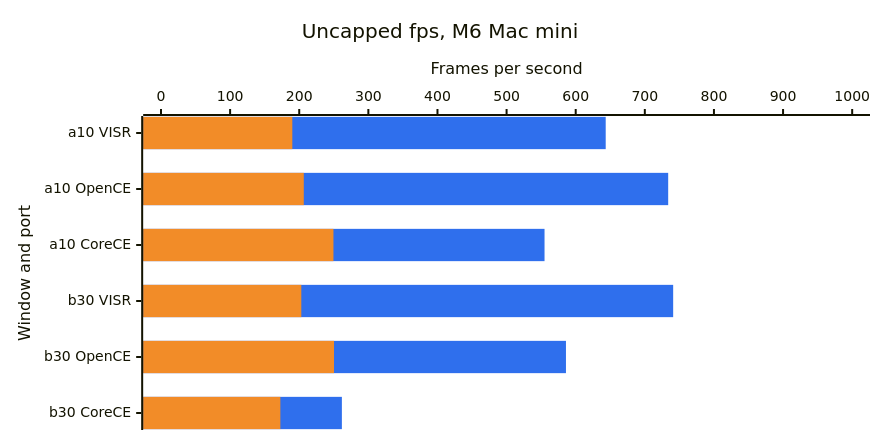
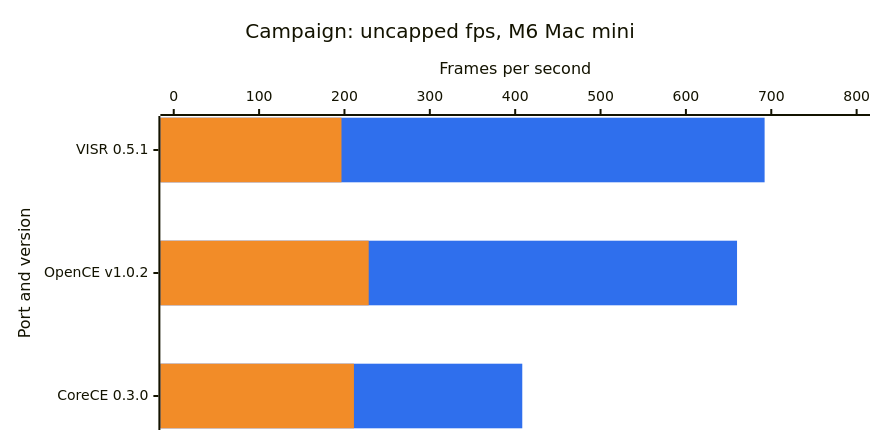
One commit to steverice/halo-ce-ios changed the diagram in docs/benchmarks.md. Above: the diagram before and after it, drawn with Mermaid. The commit also changed other lines of this file and 17 other files, not shown here.

````diff
--- a/docs/benchmarks.md
+++ b/docs/benchmarks.md
@@ -15,17 +17,17 @@
 ```mermaid
 ---
 config:
   xyChart:
     width: 860
     height: 420
   themeVariables:
     xyChart:
       plotColorPalette: "#2f6fed, #f28c28"
 ---
 xychart-beta horizontal
-    title "Uncapped fps, M6 Mac mini"
-    x-axis "Window and port" ["a10 VISR", "a10 OpenCE", "a10 CoreCE", "b30 VISR", "b30 OpenCE", "b30 CoreCE"]
-    y-axis "Frames per second" 0 --> 1000
-    bar [643.4, 733.8, 554.9, 741, 585.9, 261.7]
-    bar [190, 206.6, 249.5, 203, 250.3, 172.7]
+    title "Campaign: uncapped fps, M6 Mac mini"
+    x-axis "Port and version" ["VISR 0.5.1", "OpenCE v1.0.2", "CoreCE 0.3.0"]
+    y-axis "Frames per second" 0 --> 800
+    bar [692.2, 659.9, 408.3]
+    bar [196.5, 228.4, 211.1]
 ```
````
